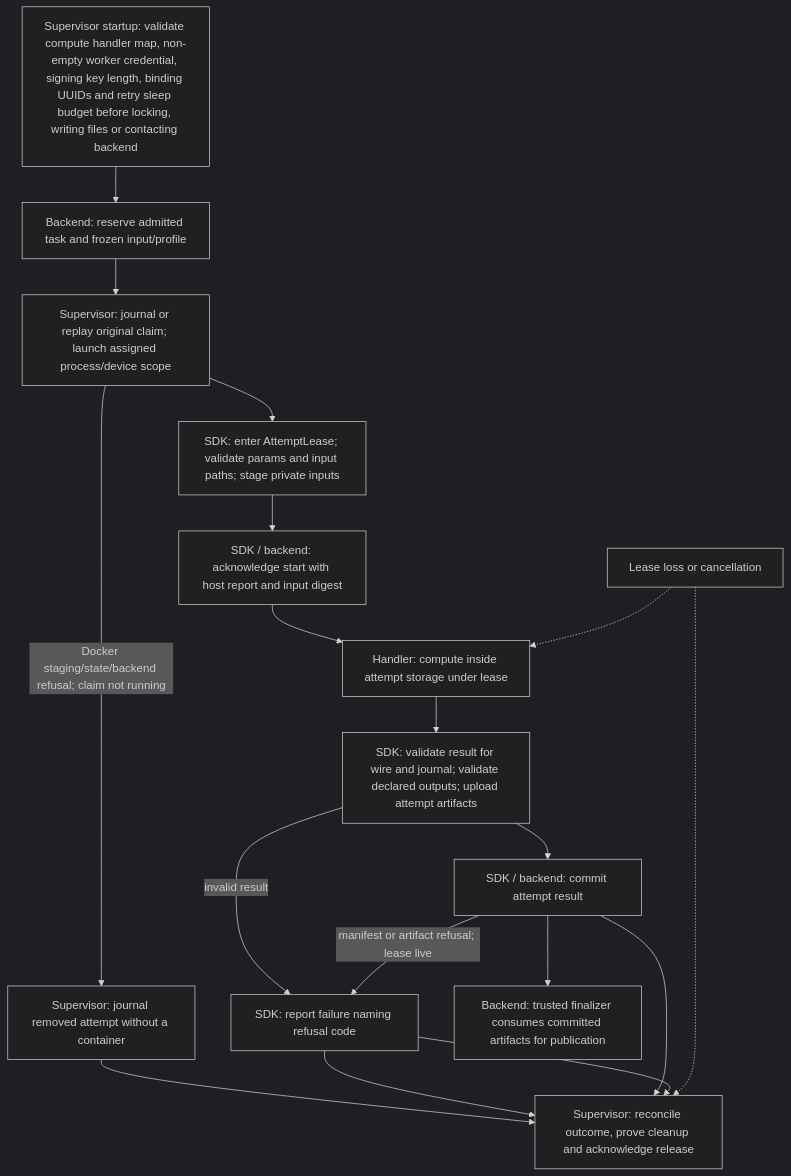
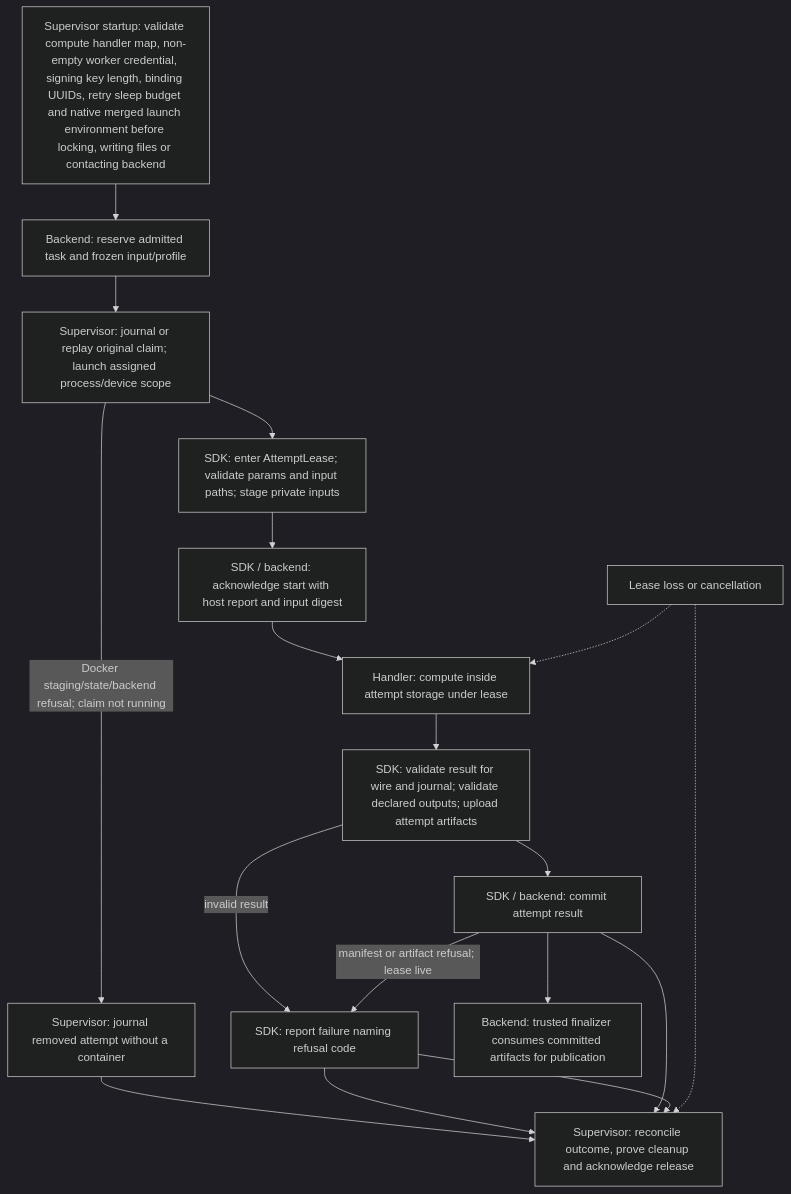
Before and after one commit to SyngularXR/task-worker-api: the second of 2 diagrams in docs/fleet/workflow-standard.md, drawn with Mermaid (dark theme). The commit also changed other lines of this file and 4 other files, not shown here.

Commit message:
fix: validate native launch environment before admission state (#213)

````diff
--- a/docs/fleet/workflow-standard.md
+++ b/docs/fleet/workflow-standard.md
@@ -101,20 +101,20 @@
 ```mermaid
 flowchart TD
-    config["Supervisor startup: validate compute handler map, non-empty worker credential, signing key length, binding UUIDs and retry sleep budget before locking, writing files or contacting backend"] --> backend["Backend: reserve admitted task and frozen input/profile"]
+    config["Supervisor startup: validate compute handler map, non-empty worker credential, signing key length, binding UUIDs, retry sleep budget and native merged launch environment before locking, writing files or contacting backend"] --> backend["Backend: reserve admitted task and frozen input/profile"]
     backend --> supervisor["Supervisor: journal or replay original claim; launch assigned process/device scope"]
     supervisor --> stage["SDK: enter AttemptLease; validate params and input paths; stage private inputs"]
     supervisor -->|Docker staging/state/backend refusal; claim not running| refused["Supervisor: journal removed attempt without a container"]
     refused --> reconcile
     stage --> start["SDK / backend: acknowledge start with host report and input digest"]
     start --> handler["Handler: compute inside attempt storage under lease"]
     handler --> outputs["SDK: validate result for wire and journal; validate declared outputs; upload attempt artifacts"]
     outputs --> commit["SDK / backend: commit attempt result"]
     outputs -->|invalid result| failure["SDK: report failure while started attempt lease is live"]
     failure --> reconcile
     commit --> reconcile["Supervisor: reconcile outcome, prove cleanup and acknowledge release"]
     commit -->|manifest or artifact refusal; lease live| failure["SDK: report failure naming refusal code"]
     failure --> reconcile
     commit --> finalizer["Backend: trusted finalizer consumes committed artifacts for publication"]
     cancel["Lease loss or cancellation"] -.-> handler
     cancel -.-> reconcile
 ```
````
